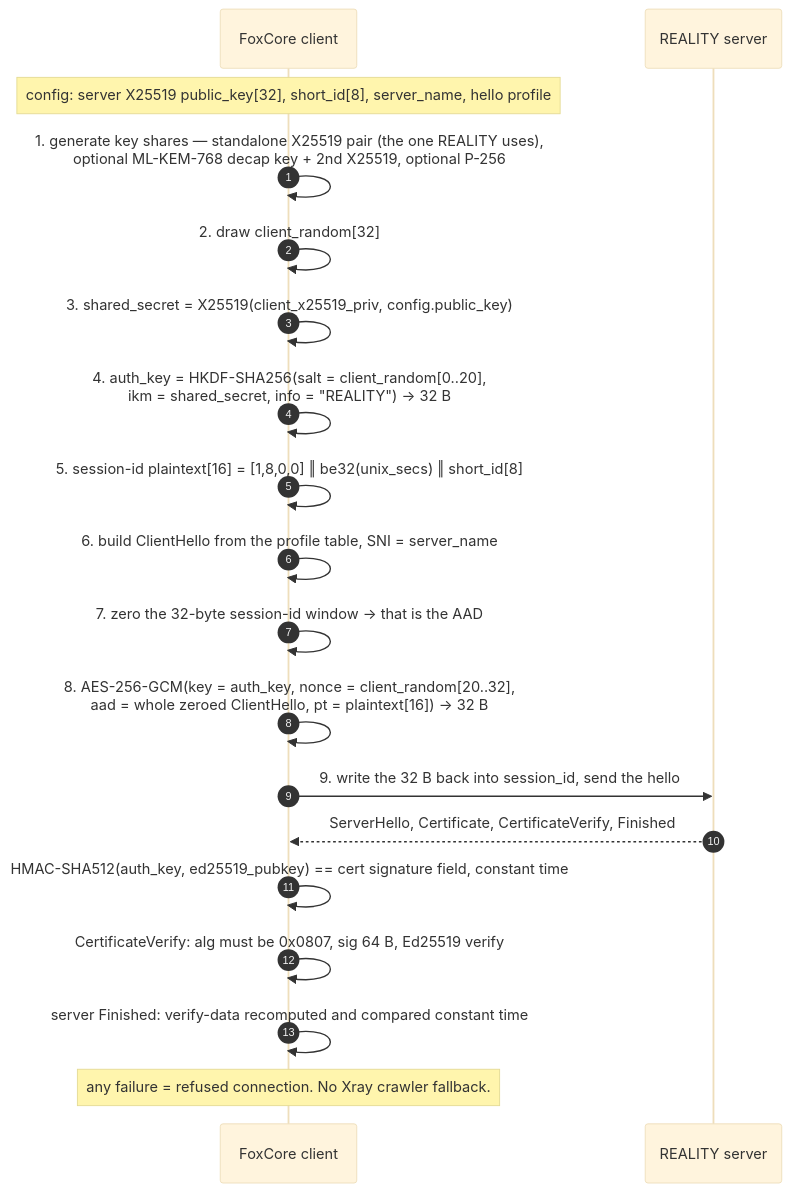
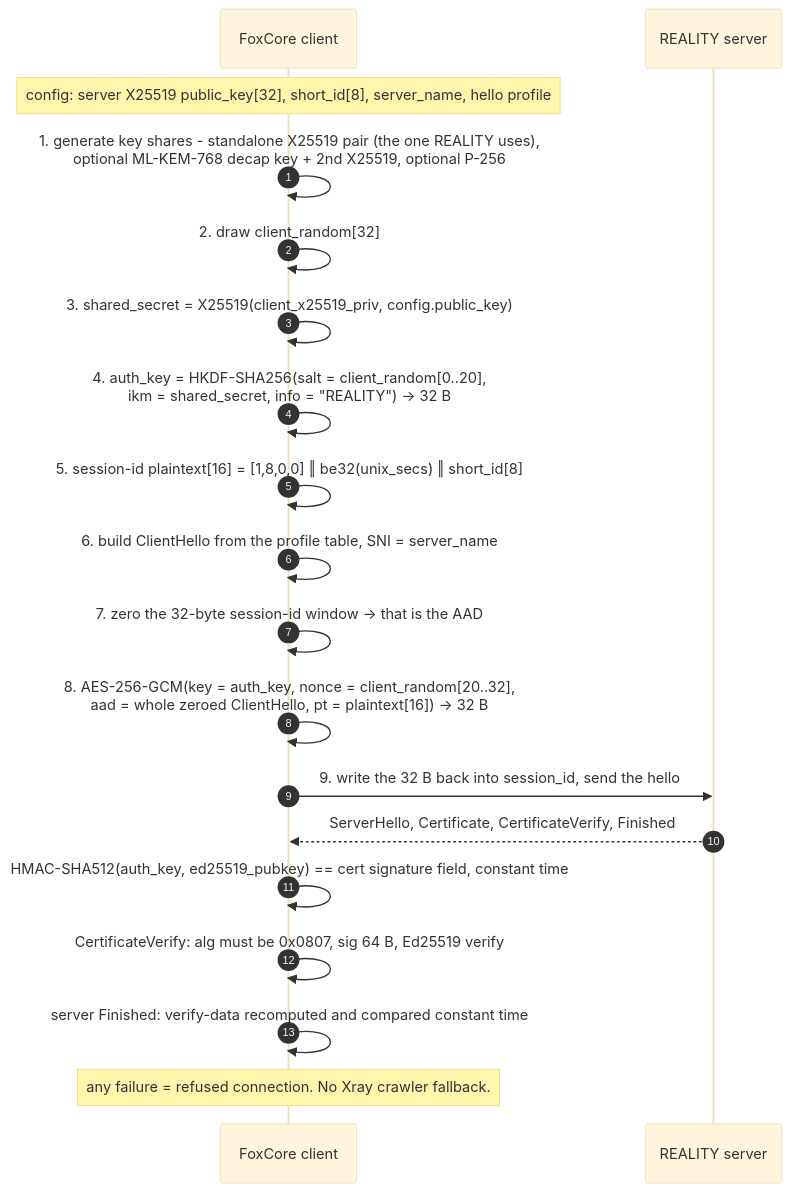
The third of 5 diagrams in docs/architecture/02-cryptography.md (foxhole-team/foxhole-core), drawn with Mermaid (base theme) before and after one commit. The commit also changed other lines of this file and 51 other files, not shown here.

````diff
--- a/docs/architecture/02-cryptography.md
+++ b/docs/architecture/02-cryptography.md
@@ -121,22 +121,22 @@
 ```mermaid
 sequenceDiagram
     autonumber
     participant C as FoxCore client
     participant S as REALITY server
 
     Note over C: config: server X25519 public_key[32], short_id[8], server_name, hello profile
-    C->>C: 1. generate key shares — standalone X25519 pair (the one REALITY uses),<br/>optional ML-KEM-768 decap key + 2nd X25519, optional P-256
+    C->>C: 1. generate key shares - standalone X25519 pair (the one REALITY uses),<br/>optional ML-KEM-768 decap key + 2nd X25519, optional P-256
     C->>C: 2. draw client_random[32]
     C->>C: 3. shared_secret = X25519(client_x25519_priv, config.public_key)
     C->>C: 4. auth_key = HKDF-SHA256(salt = client_random[0..20],<br/>ikm = shared_secret, info = "REALITY") -> 32 B
     C->>C: 5. session-id plaintext[16] = [1,8,0,0] ‖ be32(unix_secs) ‖ short_id[8]
     C->>C: 6. build ClientHello from the profile table, SNI = server_name
     C->>C: 7. zero the 32-byte session-id window -> that is the AAD
     C->>C: 8. AES-256-GCM(key = auth_key, nonce = client_random[20..32],<br/>aad = whole zeroed ClientHello, pt = plaintext[16]) -> 32 B
     C->>S: 9. write the 32 B back into session_id, send the hello
     S-->>C: ServerHello, Certificate, CertificateVerify, Finished
     C->>C: HMAC-SHA512(auth_key, ed25519_pubkey) == cert signature field, constant time
     C->>C: CertificateVerify: alg must be 0x0807, sig 64 B, Ed25519 verify
     C->>C: server Finished: verify-data recomputed and compared constant time
     Note over C: any failure = refused connection. No Xray crawler fallback.
 ```
````
